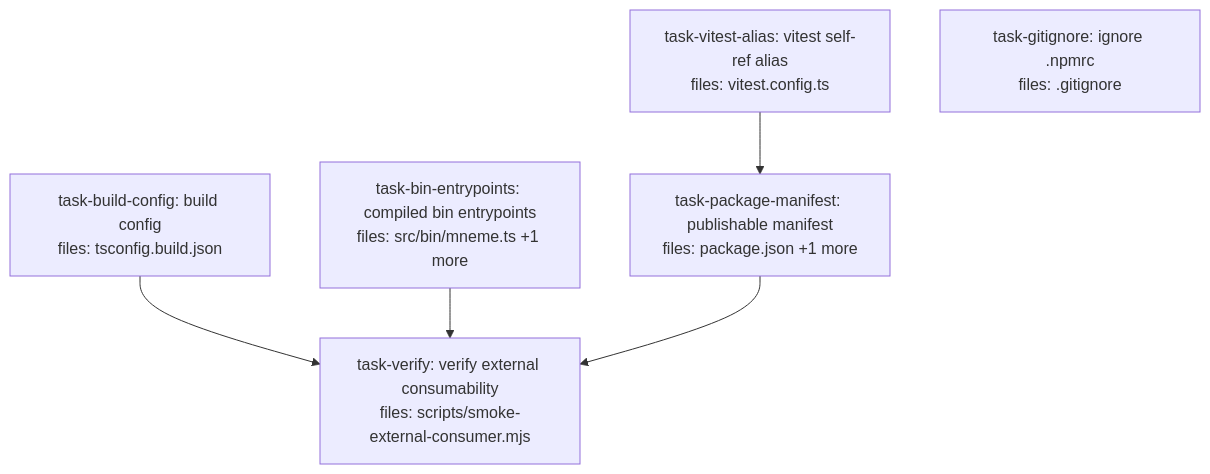
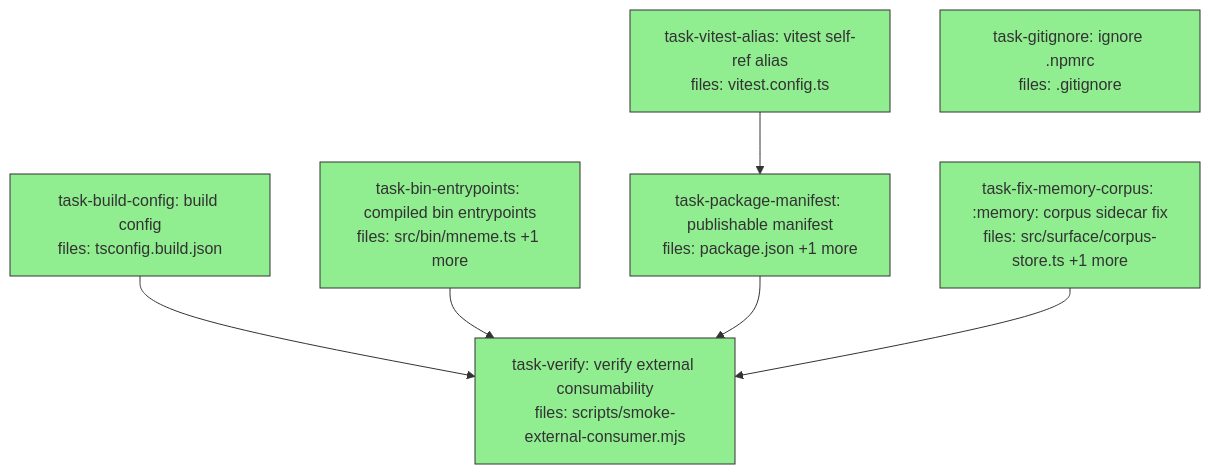
Before and after one commit to BrettNye/Mneme: the diagram in docs/superpowers/plans/2026-07-03-mneme-publishable-package-dag.md, drawn with Mermaid. The commit also changed other lines of this file and 1 other file, not shown here.

Commit message:
chore: gitignore *.tgz + finalize DAG plan statuses (holistic audit)

````diff
--- a/docs/superpowers/plans/2026-07-03-mneme-publishable-package-dag.md
+++ b/docs/superpowers/plans/2026-07-03-mneme-publishable-package-dag.md
@@ -10,20 +10,22 @@
 ```mermaid
 flowchart TD
-    task-build-config["task-build-config: build config<br/>files: tsconfig.build.json"]
-    task-bin-entrypoints["task-bin-entrypoints: compiled bin entrypoints<br/>files: src/bin/mneme.ts +1 more"]
-    task-vitest-alias["task-vitest-alias: vitest self-ref alias<br/>files: vitest.config.ts"]
-    task-gitignore["task-gitignore: ignore .npmrc<br/>files: .gitignore"]
-    task-package-manifest["task-package-manifest: publishable manifest<br/>files: package.json +1 more"]
-    task-verify["task-verify: verify external consumability<br/>files: scripts/smoke-external-consumer.mjs"]
+    task-build-config["task-build-config: build config<br/>files: tsconfig.build.json"]:::done
+    task-bin-entrypoints["task-bin-entrypoints: compiled bin entrypoints<br/>files: src/bin/mneme.ts +1 more"]:::done
+    task-vitest-alias["task-vitest-alias: vitest self-ref alias<br/>files: vitest.config.ts"]:::done
+    task-gitignore["task-gitignore: ignore .npmrc<br/>files: .gitignore"]:::done
+    task-package-manifest["task-package-manifest: publishable manifest<br/>files: package.json +1 more"]:::done
+    task-fix-memory-corpus["task-fix-memory-corpus: :memory: corpus sidecar fix<br/>files: src/surface/corpus-store.ts +1 more"]:::done
+    task-verify["task-verify: verify external consumability<br/>files: scripts/smoke-external-consumer.mjs"]:::done
 
     task-vitest-alias --> task-package-manifest
     task-build-config --> task-verify
     task-bin-entrypoints --> task-verify
     task-package-manifest --> task-verify
+    task-fix-memory-corpus --> task-verify
 
     classDef done fill:#90ee90,stroke:#333
     classDef ready fill:#fffacd,stroke:#333
     classDef running fill:#87ceeb,stroke:#333
     classDef failed fill:#ffb6c1,stroke:#333
     classDef skipped fill:#d3d3d3,stroke:#333,stroke-dasharray: 5 5
 ```
````
